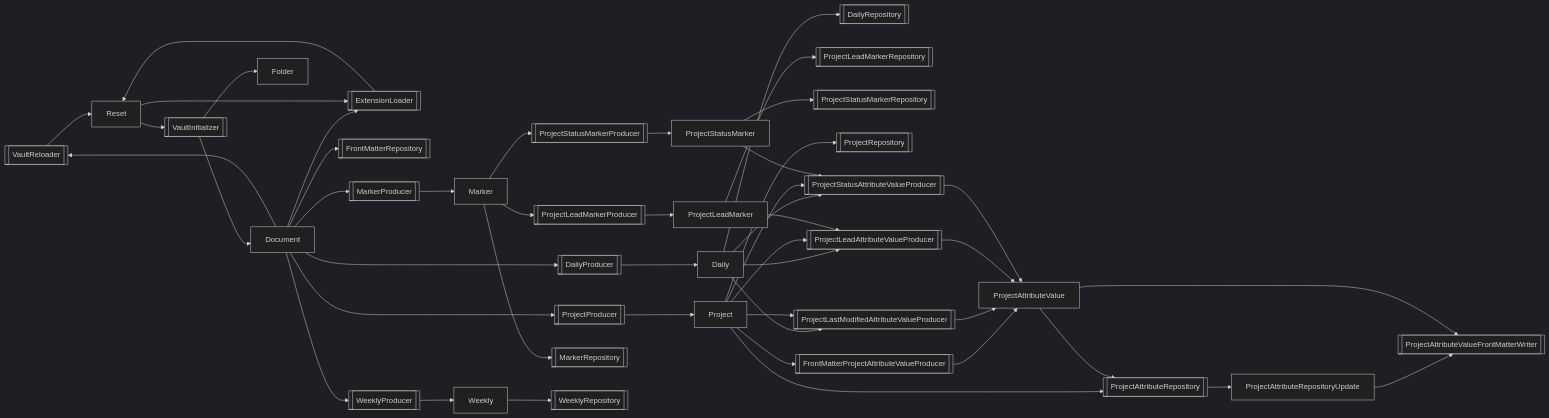
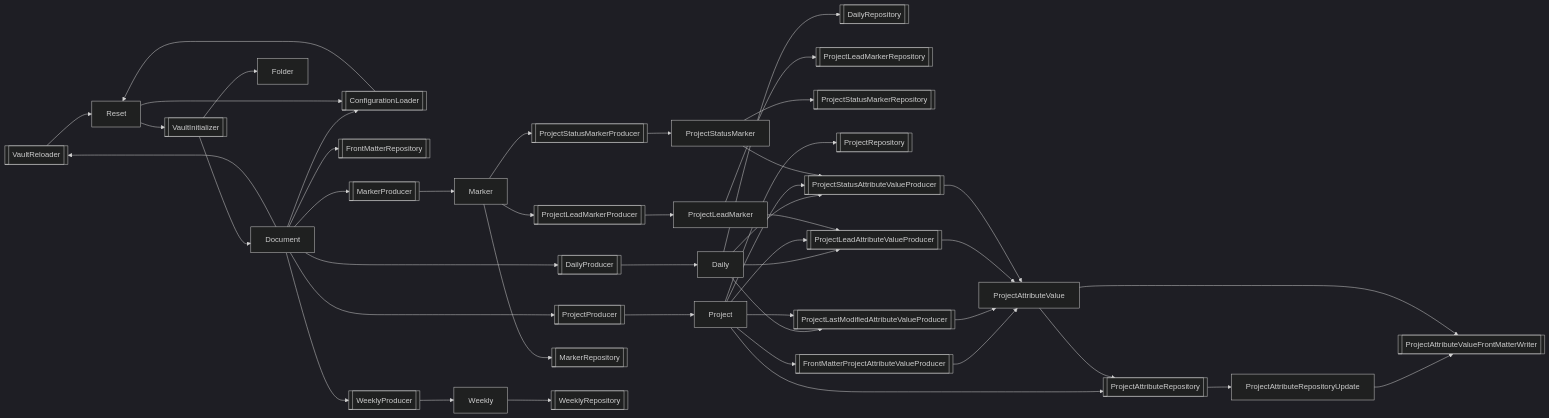
One commit to voostindie/markdown-curator-demo changed the second of 2 diagrams in vault/Systems/Markdown Curator.md. Above: the diagram before and after it, drawn with Mermaid (dark theme). The commit also changed other lines of this file and 3 other files, not shown here.

````diff
--- a/vault/Systems/Markdown Curator.md
+++ b/vault/Systems/Markdown Curator.md
@@ -88,70 +88,70 @@
 ```mermaid
 graph LR
     VaultReloader --> Reset
     Document --> VaultReloader
     VaultReloader@{ shape: subproc }
-    ExtensionLoader --> Reset
-    Document --> ExtensionLoader
-    Reset --> ExtensionLoader
-    ExtensionLoader@{ shape: subproc }
+    ConfigurationLoader --> Reset
+    Document --> ConfigurationLoader
+    Reset --> ConfigurationLoader
+    ConfigurationLoader@{ shape: subproc }
     VaultInitializer --> Document
     VaultInitializer --> Folder
     Reset --> VaultInitializer
     VaultInitializer@{ shape: subproc }
     DailyProducer --> Daily
     Document --> DailyProducer
     DailyProducer@{ shape: subproc }
     Daily --> DailyRepository
     DailyRepository@{ shape: subproc }
     Document --> FrontMatterRepository
     FrontMatterRepository@{ shape: subproc }
     MarkerProducer --> Marker
     Document --> MarkerProducer
     MarkerProducer@{ shape: subproc }
     ProjectLeadMarkerProducer --> ProjectLeadMarker
     Marker --> ProjectLeadMarkerProducer
     ProjectLeadMarkerProducer@{ shape: subproc }
     ProjectLeadMarker --> ProjectLeadMarkerRepository
     ProjectLeadMarkerRepository@{ shape: subproc }
     ProjectProducer --> Project
     Document --> ProjectProducer
     ProjectProducer@{ shape: subproc }
     ProjectStatusMarkerProducer --> ProjectStatusMarker
     Marker --> ProjectStatusMarkerProducer
     ProjectStatusMarkerProducer@{ shape: subproc }
     ProjectStatusMarker --> ProjectStatusMarkerRepository
     ProjectStatusMarkerRepository@{ shape: subproc }
     WeeklyProducer --> Weekly
     Document --> WeeklyProducer
     WeeklyProducer@{ shape: subproc }
     Marker --> MarkerRepository
     MarkerRepository@{ shape: subproc }
     Project --> ProjectRepository
     ProjectRepository@{ shape: subproc }
     Weekly --> WeeklyRepository
     WeeklyRepository@{ shape: subproc }
     FrontMatterProjectAttributeValueProducer --> ProjectAttributeValue
     Project --> FrontMatterProjectAttributeValueProducer
     FrontMatterProjectAttributeValueProducer@{ shape: subproc }
     ProjectLastModifiedAttributeValueProducer --> ProjectAttributeValue
     Daily --> ProjectLastModifiedAttributeValueProducer
     Project --> ProjectLastModifiedAttributeValueProducer
     ProjectLastModifiedAttributeValueProducer@{ shape: subproc }
     ProjectLeadAttributeValueProducer --> ProjectAttributeValue
     Daily --> ProjectLeadAttributeValueProducer
     Project --> ProjectLeadAttributeValueProducer
     ProjectLeadMarker --> ProjectLeadAttributeValueProducer
     ProjectLeadAttributeValueProducer@{ shape: subproc }
     ProjectStatusAttributeValueProducer --> ProjectAttributeValue
     Daily --> ProjectStatusAttributeValueProducer
     Project --> ProjectStatusAttributeValueProducer
     ProjectStatusMarker --> ProjectStatusAttributeValueProducer
     ProjectStatusAttributeValueProducer@{ shape: subproc }
     ProjectAttributeRepository --> ProjectAttributeRepositoryUpdate
     Project --> ProjectAttributeRepository
     ProjectAttributeValue --> ProjectAttributeRepository
     ProjectAttributeRepository@{ shape: subproc }
     ProjectAttributeRepositoryUpdate --> ProjectAttributeValueFrontMatterWriter
     ProjectAttributeValue --> ProjectAttributeValueFrontMatterWriter
     ProjectAttributeValueFrontMatterWriter@{ shape: subproc }
 ```
````
